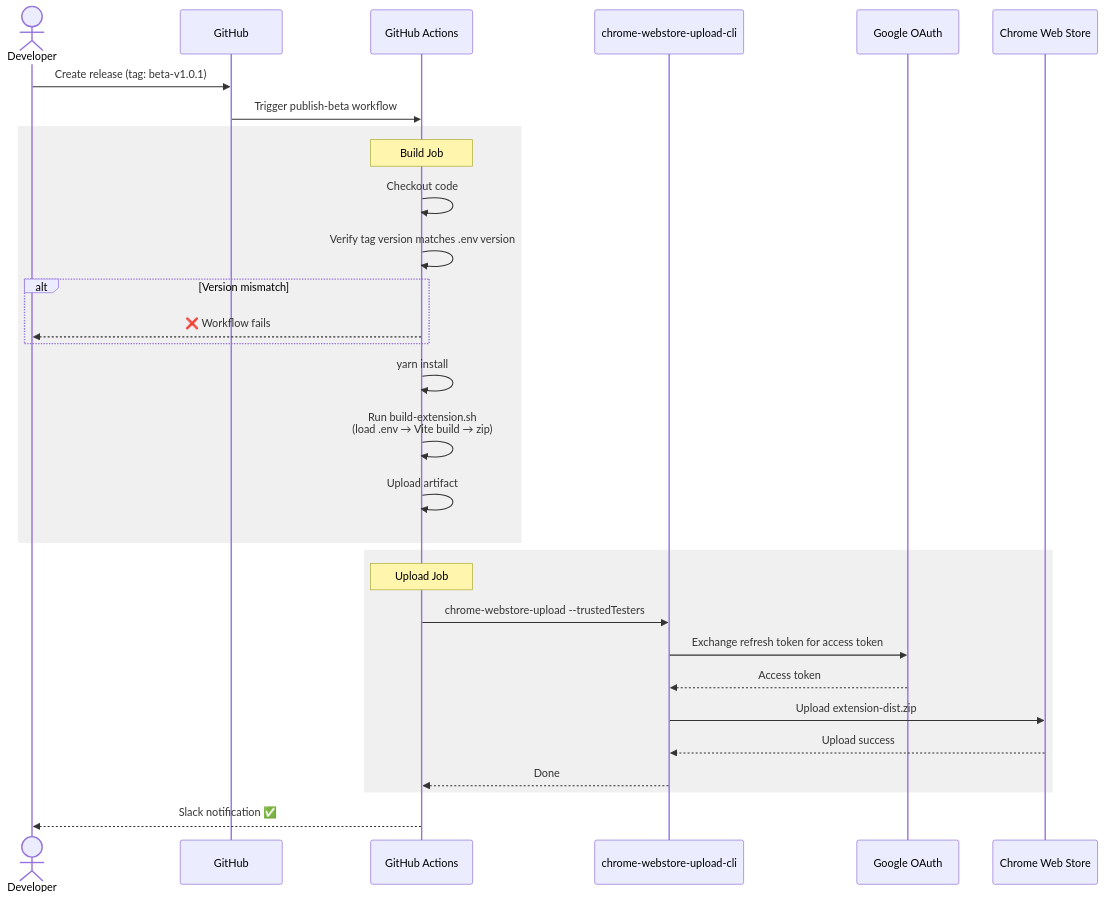
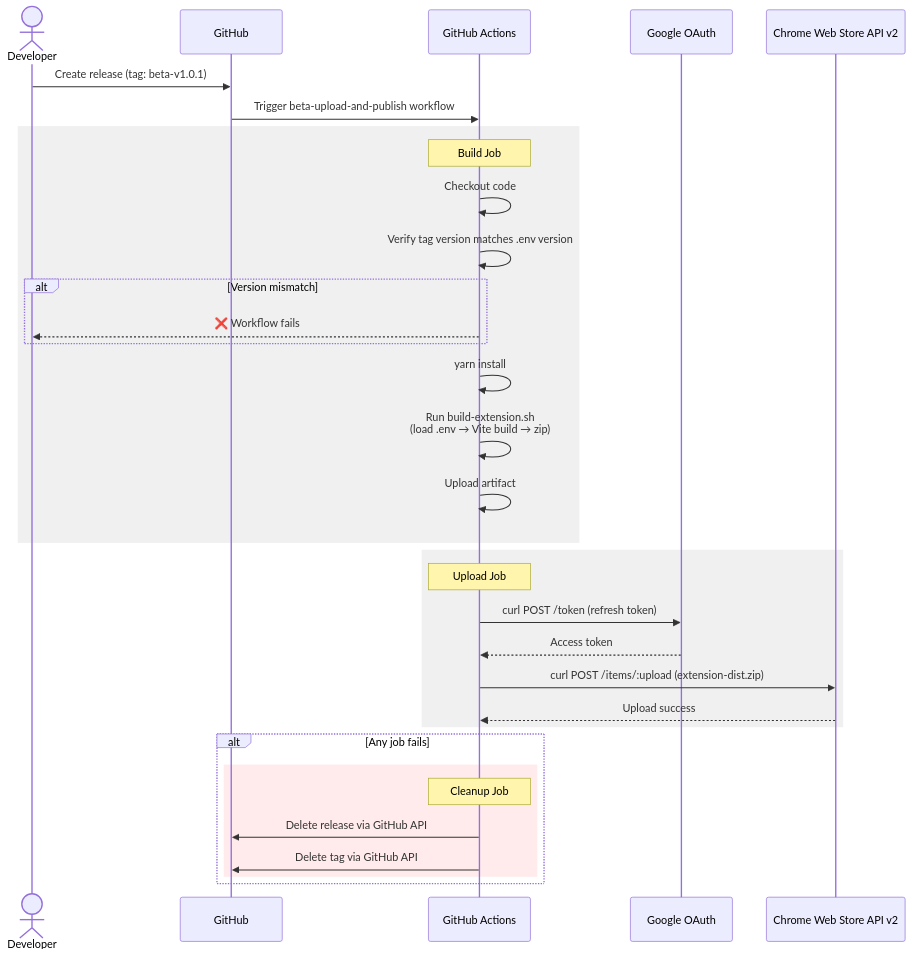
One commit to cg-ysun/chrome-extension-test changed the diagram in docs/beta-workflow.mmd. Above: the diagram before and after it, drawn with Mermaid. The commit also changed 4 other files, not shown here.

Commit message:
updated sequence diagram

```diff
--- a/docs/beta-workflow.mmd
+++ b/docs/beta-workflow.mmd
@@ -1,34 +1,37 @@
 sequenceDiagram
     actor Dev as Developer
     participant GH as GitHub
     participant GHA as GitHub Actions
-    participant CLI as chrome-webstore-upload-cli
     participant OAuth as Google OAuth
-    participant CWS as Chrome Web Store
+    participant CWS as Chrome Web Store API v2
 
     Dev->>GH: Create release (tag: beta-v1.0.1)
-    GH->>GHA: Trigger publish-beta workflow
+    GH->>GHA: Trigger beta-upload-and-publish workflow
 
     rect rgb(240, 240, 240)
         Note over GHA: Build Job
         GHA->>GHA: Checkout code
         GHA->>GHA: Verify tag version matches .env version
         alt Version mismatch
             GHA-->>Dev: ❌ Workflow fails
         end
         GHA->>GHA: yarn install
         GHA->>GHA: Run build-extension.sh<br/>(load .env → Vite build → zip)
         GHA->>GHA: Upload artifact
     end
 
     rect rgb(240, 240, 240)
         Note over GHA: Upload Job
-        GHA->>CLI: chrome-webstore-upload --trustedTesters
-        CLI->>OAuth: Exchange refresh token for access token
-        OAuth-->>CLI: Access token
-        CLI->>CWS: Upload extension-dist.zip
-        CWS-->>CLI: Upload success
-        CLI-->>GHA: Done
+        GHA->>OAuth: curl POST /token (refresh token)
+        OAuth-->>GHA: Access token
+        GHA->>CWS: curl POST /items/:upload (extension-dist.zip)
+        CWS-->>GHA: Upload success
     end
 
-    GHA-->>Dev: Slack notification ✅
+    alt Any job fails
+        rect rgb(255, 235, 235)
+            Note over GHA: Cleanup Job
+            GHA->>GH: Delete release via GitHub API
+            GHA->>GH: Delete tag via GitHub API
+        end
+    end
```
